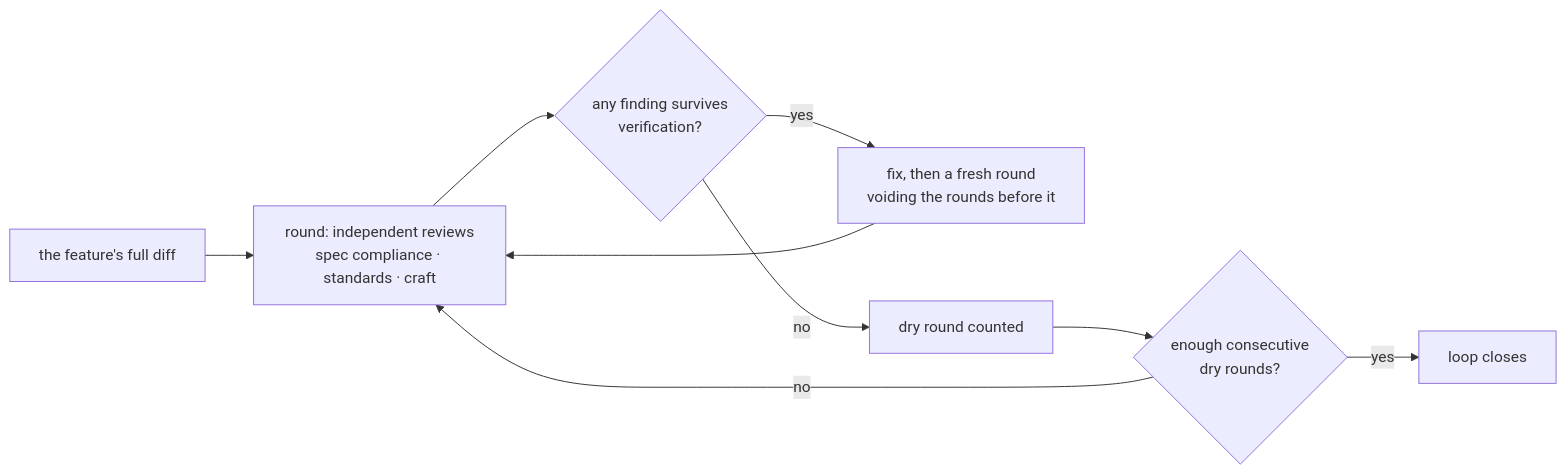
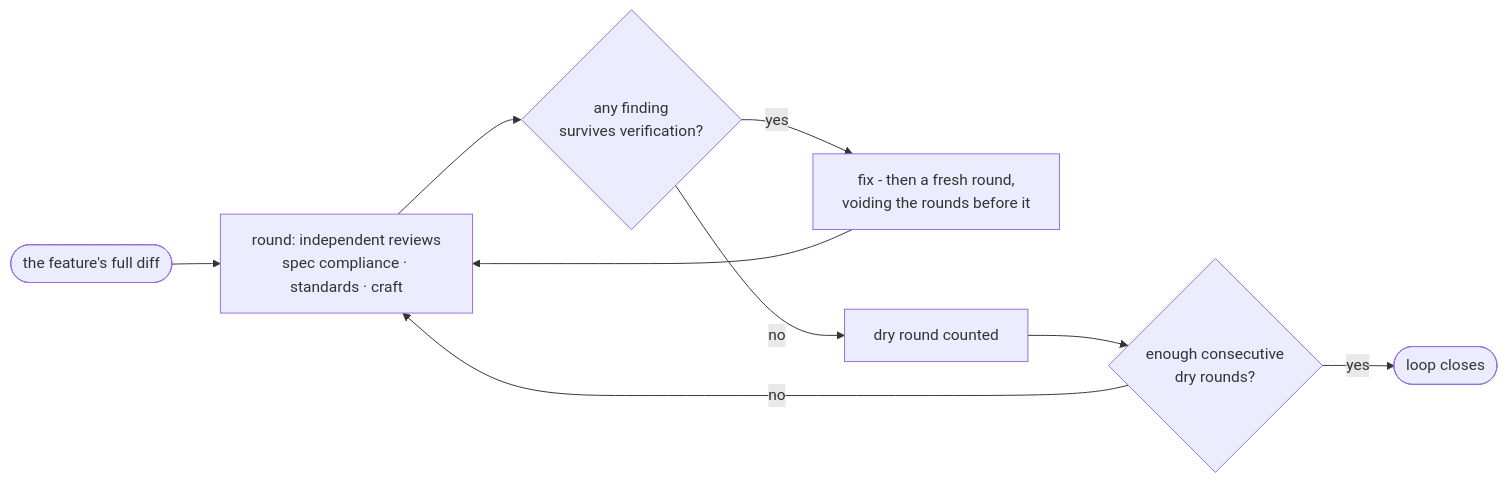
Before and after one commit to GentBajko/capstone: the second of 3 diagrams in docs/flows.md, drawn with Mermaid. The commit also changed other lines of this file, not shown here.

First line of the commit message:
docs(flows): cut five diagrams that were worse than a list

````diff
--- a/docs/flows.md
+++ b/docs/flows.md
@@ -215,11 +146,11 @@
 ```mermaid
 flowchart LR
-  D["the feature's full diff"] --> R["round: independent reviews<br/>spec compliance · standards · craft"]
-  R --> V{"any finding survives<br/>verification?"}
-  V -->|"yes"| FIX["fix, then a fresh round<br/>voiding the rounds before it"]
+  D(["the feature's full diff"]) --> R["round: independent reviews<br/>spec compliance · standards · craft"]
+  R --> V{"any finding<br/>survives verification?"}
+  V -->|"yes"| FIX["fix - then a fresh round,<br/>voiding the rounds before it"]
   FIX --> R
   V -->|"no"| DRY["dry round counted"]
   DRY --> E{"enough consecutive<br/>dry rounds?"}
   E -->|"no"| R
-  E -->|"yes"| OUT["loop closes"]
+  E -->|"yes"| OUT(["loop closes"])
 ```
````
